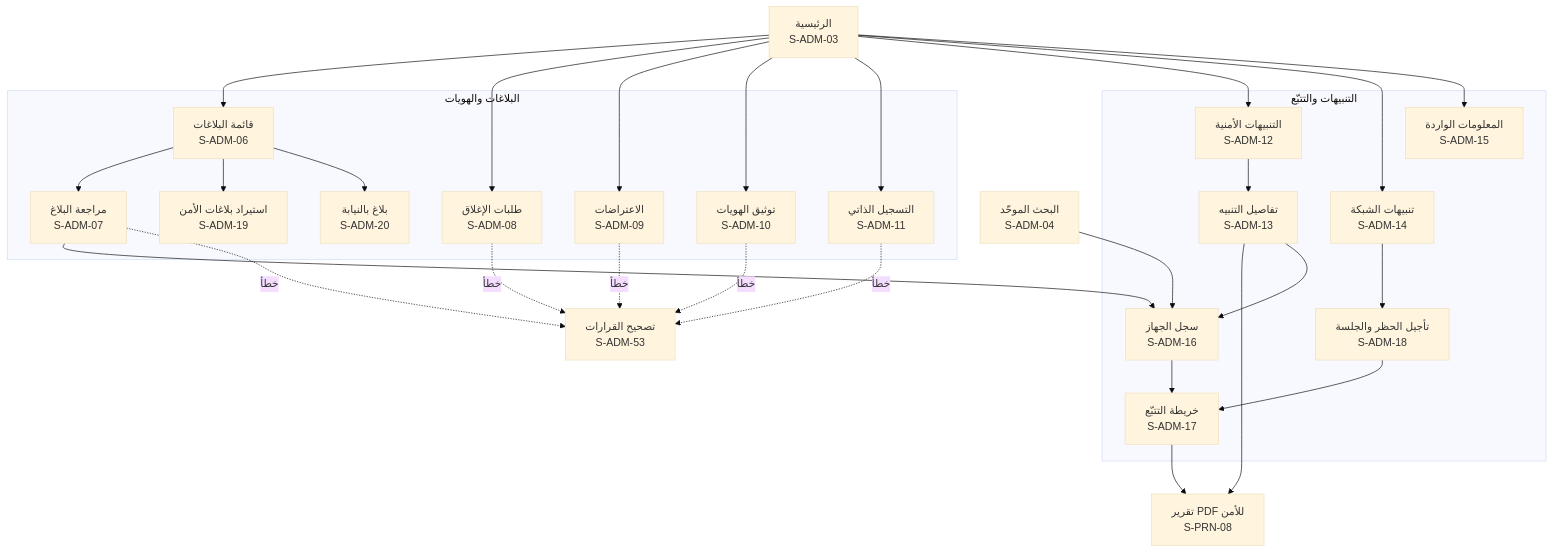
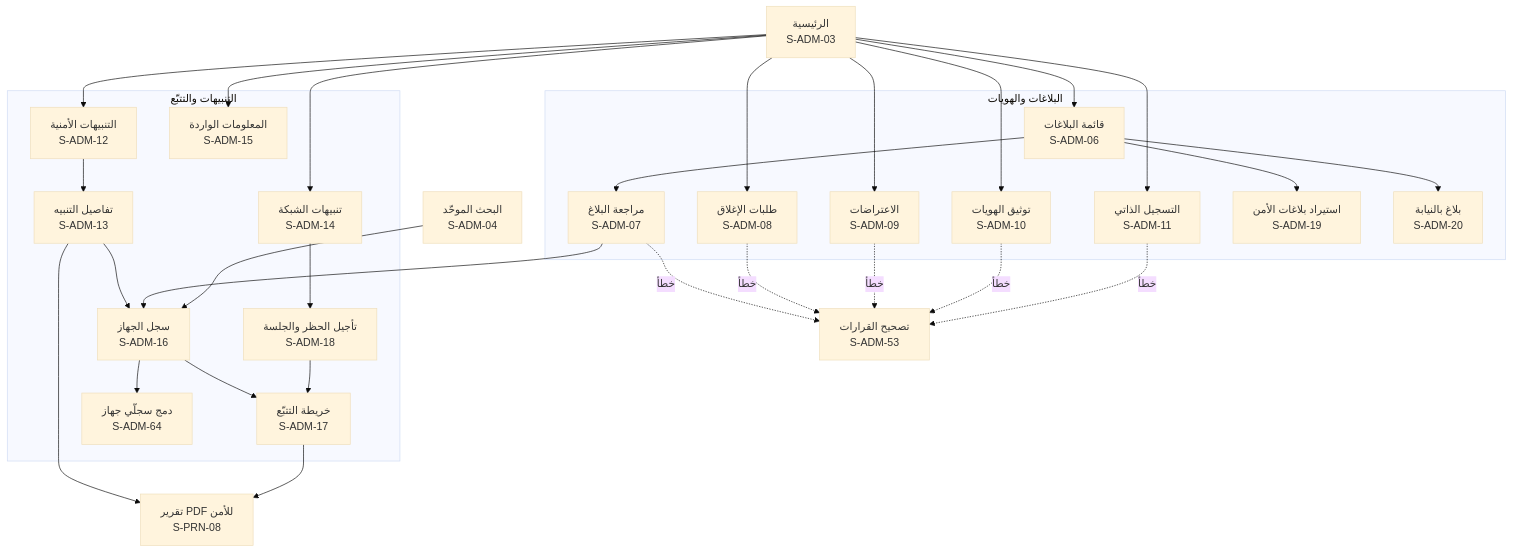
Before and after one commit to servacode/imei: diagram 13 of 19 in docs/18-screen-inventory.md, drawn with Mermaid (base theme). The commit also changed other lines of this file and 9 other files, not shown here.

````diff
--- a/docs/18-screen-inventory.md
+++ b/docs/18-screen-inventory.md
@@ -846,33 +863,35 @@
 ```mermaid
 flowchart TD
     S_ADM_03["الرئيسية<br/>S-ADM-03"]
     S_ADM_04["البحث الموحّد<br/>S-ADM-04"]
     subgraph REP ["البلاغات والهويات"]
         S_ADM_06["قائمة البلاغات<br/>S-ADM-06"]
         S_ADM_07["مراجعة البلاغ<br/>S-ADM-07"]
         S_ADM_08["طلبات الإغلاق<br/>S-ADM-08"]
         S_ADM_09["الاعتراضات<br/>S-ADM-09"]
         S_ADM_10["توثيق الهويات<br/>S-ADM-10"]
         S_ADM_11["التسجيل الذاتي<br/>S-ADM-11"]
         S_ADM_19["استيراد بلاغات الأمن<br/>S-ADM-19"]
         S_ADM_20["بلاغ بالنيابة<br/>S-ADM-20"]
     end
     subgraph SEC ["التنبيهات والتتبّع"]
         S_ADM_12["التنبيهات الأمنية<br/>S-ADM-12"]
         S_ADM_13["تفاصيل التنبيه<br/>S-ADM-13"]
         S_ADM_14["تنبيهات الشبكة<br/>S-ADM-14"]
         S_ADM_15["المعلومات الواردة<br/>S-ADM-15"]
         S_ADM_16["سجل الجهاز<br/>S-ADM-16"]
         S_ADM_17["خريطة التتبّع<br/>S-ADM-17"]
         S_ADM_18["تأجيل الحظر والجلسة<br/>S-ADM-18"]
+        S_ADM_64["دمج سجلّي جهاز<br/>S-ADM-64"]
     end
     S_PRN_08["تقرير PDF للأمن<br/>S-PRN-08"]
     S_ADM_53["تصحيح القرارات<br/>S-ADM-53"]
     S_ADM_03 --> S_ADM_06 --> S_ADM_07
     S_ADM_03 --> S_ADM_08 & S_ADM_09 & S_ADM_10 & S_ADM_11 & S_ADM_12 & S_ADM_14 & S_ADM_15
     S_ADM_12 --> S_ADM_13 --> S_PRN_08
     S_ADM_13 & S_ADM_07 & S_ADM_04 --> S_ADM_16 --> S_ADM_17 --> S_PRN_08
+    S_ADM_16 --> S_ADM_64
     S_ADM_14 --> S_ADM_18 --> S_ADM_17
     S_ADM_07 & S_ADM_08 & S_ADM_09 & S_ADM_10 & S_ADM_11 -. "خطأ" .-> S_ADM_53
     S_ADM_06 --> S_ADM_19 & S_ADM_20
 ```
````
